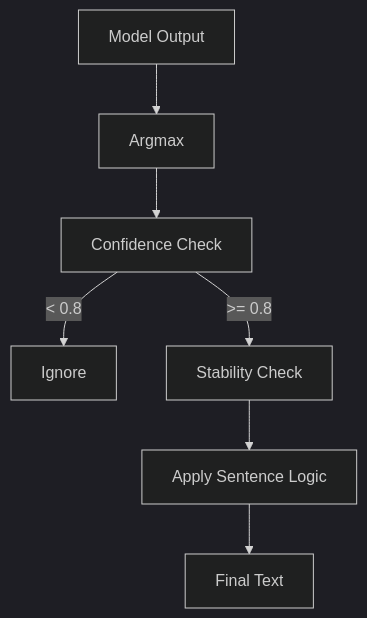
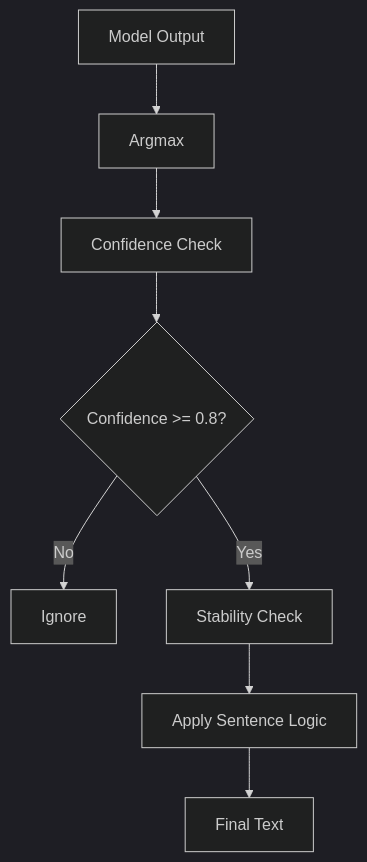
One commit to sobhyyy/Sign-Language-Translator changed the sixth of 6 diagrams in README.md. Above: the diagram before and after it, drawn with Mermaid (dark theme). The commit also changed other lines of this file, not shown here.

````diff
--- a/README.md
+++ b/README.md
@@ -120,9 +120,10 @@
 ```mermaid
 flowchart TD
     A[Model Output] --> B[Argmax]
     B --> C[Confidence Check]
-    C -->|< 0.8| D[Ignore]
-    C -->|>= 0.8| E[Stability Check]
-    E --> F[Apply Sentence Logic]
-    F --> G[Final Text]
+    C --> D{Confidence >= 0.8?}
+    D -- No --> E[Ignore]
+    D -- Yes --> F[Stability Check]
+    F --> G[Apply Sentence Logic]
+    G --> H[Final Text]
 ```
````
